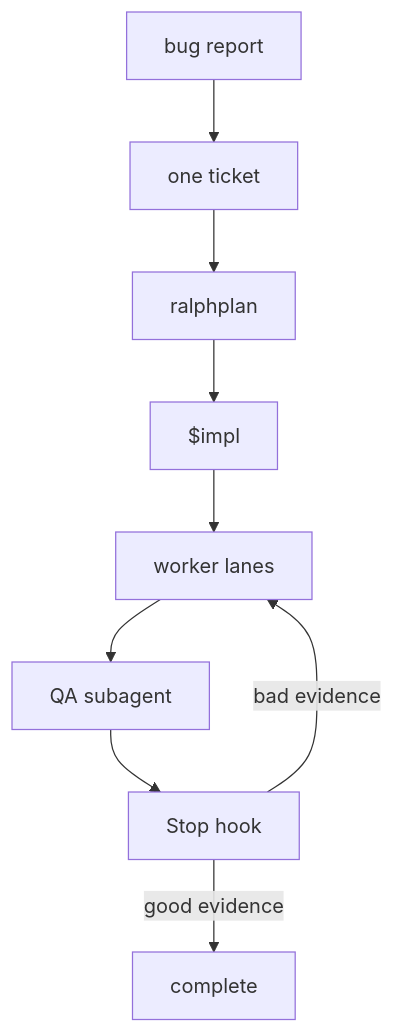
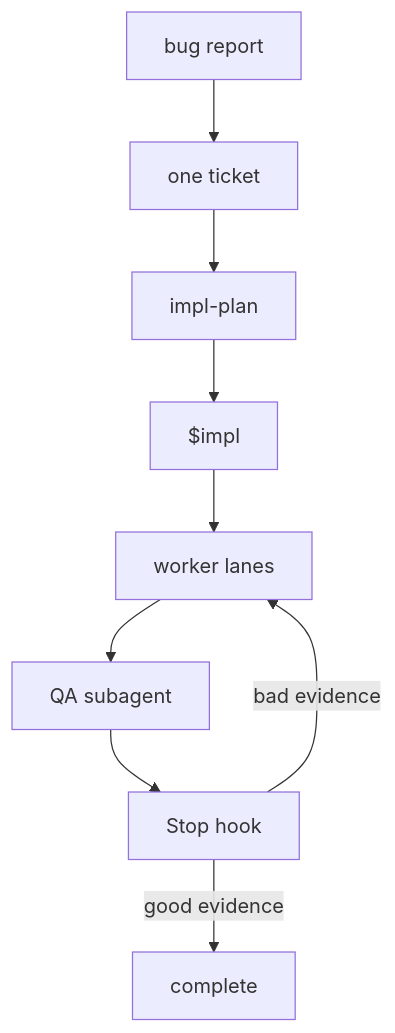
Before and after one commit to ZanarkandTechnologies/Farplane: the fourth of 6 diagrams in README.md, drawn with Mermaid. The commit also changed other lines of this file and 35 other files, not shown here.

Commit message:
feat(planning): collapse planner surfaces into impl-plan

````diff
--- a/README.md
+++ b/README.md
@@ -191,11 +192,11 @@
 ```mermaid
 flowchart TD
     A[bug report] --> B[one ticket]
-    B --> C[ralphplan]
+    B --> C[impl-plan]
     C --> D[$impl]
     D --> E[worker lanes]
     E --> F[QA subagent]
     F --> G[Stop hook]
     G -->|bad evidence| E
     G -->|good evidence| H[complete]
 ```
````
